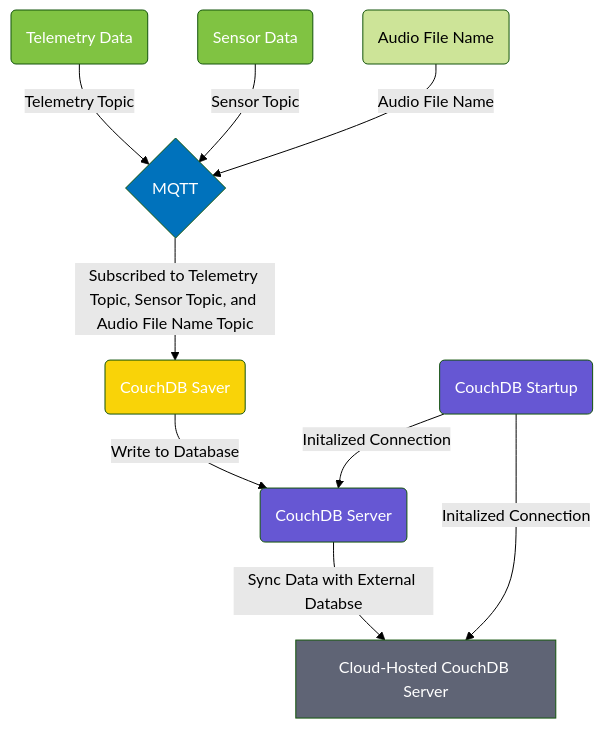
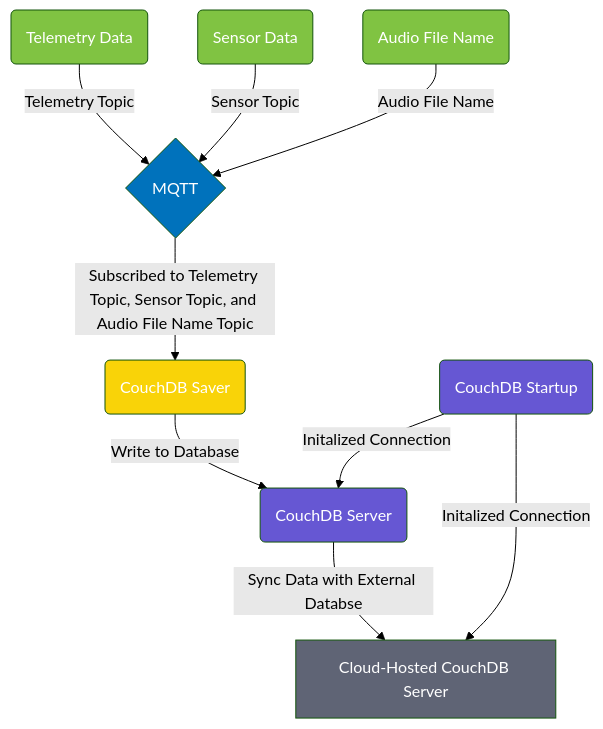
One commit to IQTLabs/edgetech-couchdb-saver changed the diagram in README.md. Above: the diagram before and after it, drawn with Mermaid (forest theme).

Commit message:
updating flowchart 2

````diff
--- a/README.md
+++ b/README.md
@@ -74,21 +74,22 @@
 ```mermaid 
 
 flowchart TD
     telemetrydata(Telemetry Data) -- Telemetry Topic --> mqtt{MQTT}
     sensordata(Sensor Data) -- Sensor Topic --> mqtt{MQTT}
     audiofilename(Audio File Name) -- Audio File Name --> mqtt{MQTT}
     mqtt{MQTT} -- Subscribed to Telemetry Topic, Sensor Topic, and Audio File Name Topic --> couchdbsaver(CouchDB Saver)
     couchdbsaver(CouchDB Saver) -- Write to Database --> couchdbserver(CouchDB Server)
     couchdbstartup(CouchDB Startup) -- Initalized Connection --> couchdbserver(CouchDB Server)
     couchdbstartup(CouchDB Startup) -- Initalized Connection --> couchdbremote[Cloud-Hosted CouchDB Server]
     couchdbserver(CouchDB Server) -- Sync Data with External Databse --> couchdbremote[Cloud-Hosted CouchDB Server]
 
 style mqtt fill:#0072bc,color:#ffffff
 style couchdbsaver fill:#F9D308,color:#ffffff
 style telemetrydata fill:#80c342,color:#ffffff
+style audiofilename fill:#80c342,color:#ffffff
 style sensordata fill:#80c342,color:#ffffff
 style couchdbstartup fill:#6657d3,color:#ffffff
 style couchdbserver fill:#6657d3,color:#ffffff
 style couchdbremote fill:#5f6475,color:#ffffff
 
 ```
````
